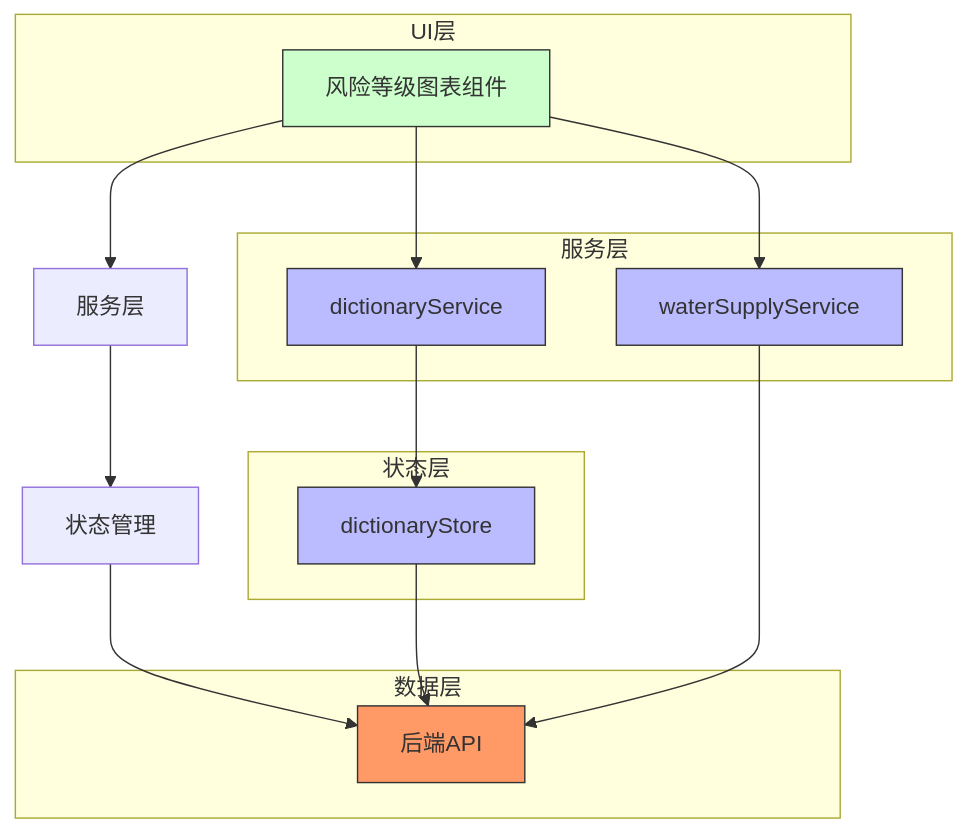
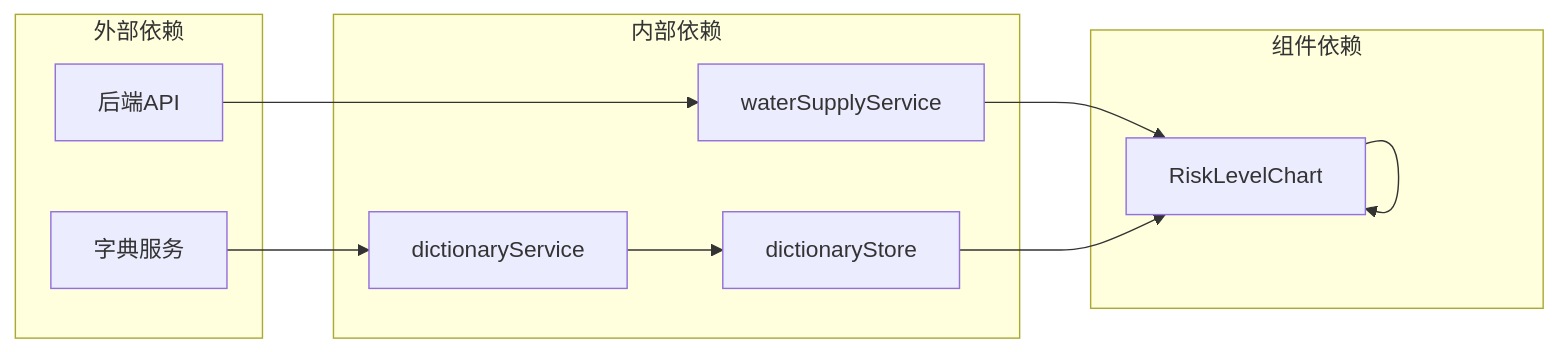
Diagram 12 of 13 in .qoder/repowiki/zh/content/核心组件架构/风险等级图表组件.md (zhibo1997/government-dashboard), drawn with Mermaid before and after one commit. The commit also changed other lines of this file and 28 other files, not shown here.

````diff
--- a/.qoder/repowiki/zh/content/核心组件架构/风险等级图表组件.md
+++ b/.qoder/repowiki/zh/content/核心组件架构/风险等级图表组件.md
@@ -239,29 +399,21 @@
 ```mermaid
-graph TD
-UI[风险等级图表组件] --> Service[服务层]
-Service --> Store[状态管理]
-Store --> API[后端API]
-subgraph UI层
-UI
+flowchart LR
+subgraph "外部依赖"
+API[后端API]
+Dict[字典服务]
 end
-subgraph 服务层
-WaterService[waterSupplyService]
-DictService[dictionaryService]
+subgraph "内部依赖"
+WSS[waterSupplyService]
+DCS[dictionaryService]
+DST[dictionaryStore]
 end
-subgraph 状态层
-DictStore[dictionaryStore]
+subgraph "组件依赖"
+RLC[RiskLevelChart]
 end
-subgraph 数据层
-API
-end
-UI --> WaterService
-UI --> DictService
-DictService --> DictStore
-DictStore --> API
-WaterService --> API
-style UI fill:#cfc,stroke:#333
-style WaterService fill:#bbf,stroke:#333
-style DictService fill:#bbf,stroke:#333
-style DictStore fill:#bbf,stroke:#333
-style API fill:#f96,stroke:#333
+API --> WSS
+Dict --> DCS
+DCS --> DST
+WSS --> RLC
+DST --> RLC
+RLC --> RLC
 ```
````
